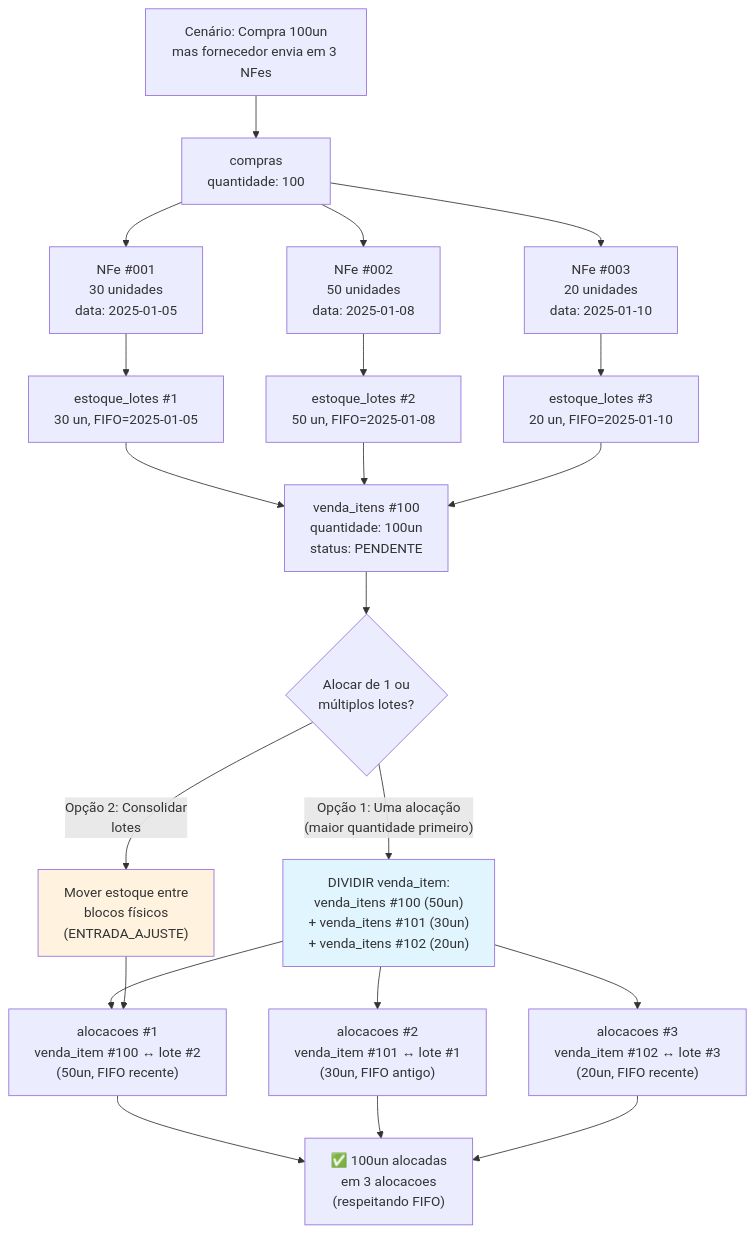
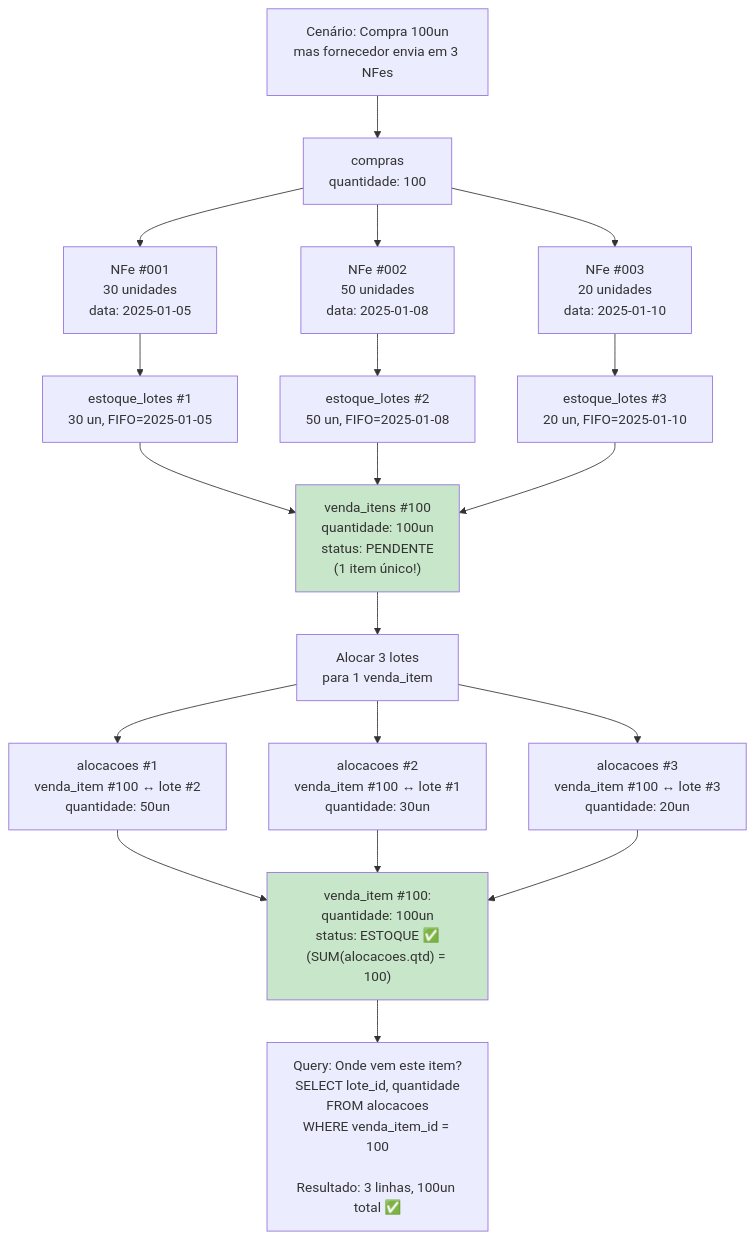
Before and after one commit to darktorres/ERP-STACCATO: the seventh of 17 diagrams in .claude/schema-proposto-flowchart.md, drawn with Mermaid. The commit also changed other lines of this file and 1 other file, not shown here.

First line of the commit message:
refactor: Simplify allocation model from 1:1 to M:N

````diff
--- a/.claude/schema-proposto-flowchart.md
+++ b/.claude/schema-proposto-flowchart.md
@@ -417,35 +419,31 @@
 ```mermaid
 flowchart TB
     Start["Cenário: Compra 100un<br/>mas fornecedor envia em 3 NFes"] --> PO["compras<br/>quantidade: 100"]
 
     PO --> NFe1["NFe #001<br/>30 unidades<br/>data: 2025-01-05"]
     PO --> NFe2["NFe #002<br/>50 unidades<br/>data: 2025-01-08"]
     PO --> NFe3["NFe #003<br/>20 unidades<br/>data: 2025-01-10"]
 
     NFe1 --> Lote1["estoque_lotes #1<br/>30 un, FIFO=2025-01-05"]
     NFe2 --> Lote2["estoque_lotes #2<br/>50 un, FIFO=2025-01-08"]
     NFe3 --> Lote3["estoque_lotes #3<br/>20 un, FIFO=2025-01-10"]
 
-    Lote1 --> Venda["venda_itens #100<br/>quantidade: 100un<br/>status: PENDENTE"]
+    Lote1 --> Venda["venda_itens #100<br/>quantidade: 100un<br/>status: PENDENTE<br/>(1 item único!)"]
     Lote2 --> Venda
     Lote3 --> Venda
 
-    Venda --> Decision{"Alocar de 1 ou<br/>múltiplos lotes?"}
+    Venda --> Allocation["Alocar 3 lotes<br/>para 1 venda_item"]
 
-    Decision -->|"Opção 1: Uma alocação<br/>(maior quantidade primeiro)"| Split["DIVIDIR venda_item:<br/>venda_itens #100 (50un)<br/>+ venda_itens #101 (30un)<br/>+ venda_itens #102 (20un)"]
+    Allocation --> A1["alocacoes #1<br/>venda_item #100 ↔ lote #2<br/>quantidade: 50un"]
+    Allocation --> A2["alocacoes #2<br/>venda_item #100 ↔ lote #1<br/>quantidade: 30un"]
+    Allocation --> A3["alocacoes #3<br/>venda_item #100 ↔ lote #3<br/>quantidade: 20un"]
 
-    Decision -->|"Opção 2: Consolidar<br/>lotes"| Consolidate["Mover estoque entre<br/>blocos físicos<br/>(ENTRADA_AJUSTE)"]
+    A1 --> Status["venda_item #100:<br/>quantidade: 100un<br/>status: ESTOQUE ✅<br/>(SUM(alocacoes.qtd) = 100)"]
+    A2 --> Status
+    A3 --> Status
 
-    Split --> A1["alocacoes #1<br/>venda_item #100 ↔ lote #2<br/>(50un, FIFO recente)"]
-    Split --> A2["alocacoes #2<br/>venda_item #101 ↔ lote #1<br/>(30un, FIFO antigo)"]
-    Split --> A3["alocacoes #3<br/>venda_item #102 ↔ lote #3<br/>(20un, FIFO recente)"]
+    Status --> Query["Query: Onde vem este item?<br/>SELECT lote_id, quantidade<br/>FROM alocacoes<br/>WHERE venda_item_id = 100<br/><br/>Resultado: 3 linhas, 100un total ✅"]
 
-    Consolidate --> A1
-
-    A1 --> End["✅ 100un alocadas<br/>em 3 alocacoes<br/>(respeitando FIFO)"]
-    A2 --> End
-    A3 --> End
-
-    style Split fill:#e1f5ff
-    style Consolidate fill:#fff3e0
+    style Venda fill:#c8e6c9
+    style Status fill:#c8e6c9
 ```
````
